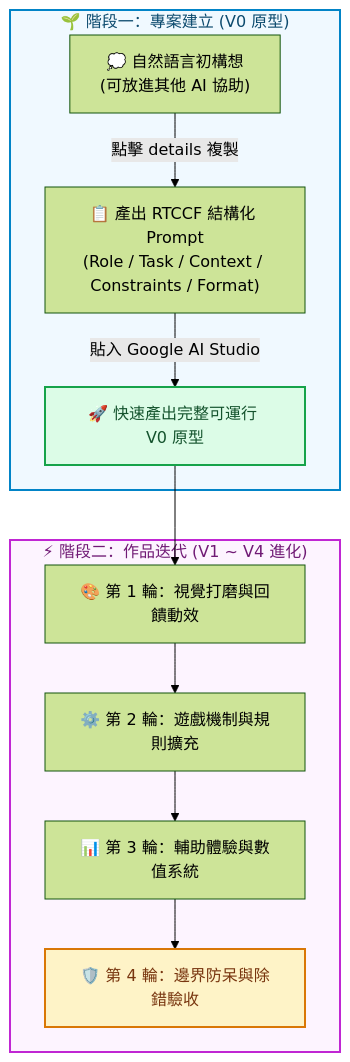
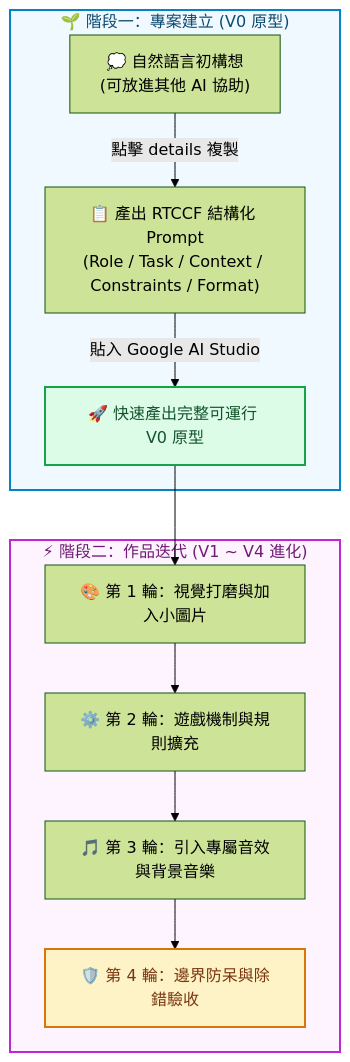
One commit to roberthsu2003/vibe_coding changed the diagram in AIFirst實作課程/建立小遊戲/README.md. Above: the diagram before and after it, drawn with Mermaid (forest theme). The commit also changed other lines of this file and 67 other files, not shown here.

````diff
--- a/AIFirst實作課程/建立小遊戲/README.md
+++ b/AIFirst實作課程/建立小遊戲/README.md
@@ -11,20 +13,20 @@
 ```mermaid
 flowchart TD
     subgraph S1["🌱 階段一：專案建立 (V0 原型)"]
         A["💭 自然語言初構想<br/>(可放進其他 AI 協助)"] 
         -->|"點擊 details 複製"| B["📋 產出 RTCCF 結構化 Prompt<br/>(Role / Task / Context / Constraints / Format)"]
         -->|"貼入 Google AI Studio"| C["🚀 快速產出完整可運行 V0 原型"]
     end
 
     subgraph S2["⚡ 階段二：作品迭代 (V1 ~ V4 進化)"]
-        C --> D["🎨 第 1 輪：視覺打磨與回饋動效"]
+        C --> D["🎨 第 1 輪：視覺打磨與加入小圖片"]
         D --> E["⚙️ 第 2 輪：遊戲機制與規則擴充"]
-        E --> F["📊 第 3 輪：輔助體驗與數值系統"]
+        E --> F["🎵 第 3 輪：引入專屬音效與背景音樂"]
         F --> G["🛡️ 第 4 輪：邊界防呆與除錯驗收"]
     end
 
     style S1 fill:#f0f9ff,stroke:#0284c7,stroke-width:2px,color:#0c4a6e
     style S2 fill:#fdf4ff,stroke:#c026d3,stroke-width:2px,color:#701a75
     style C fill:#dcfce7,stroke:#16a34a,stroke-width:2px,color:#14532d
     style G fill:#fef3c7,stroke:#d97706,stroke-width:2px,color:#78350f
 ```
````
